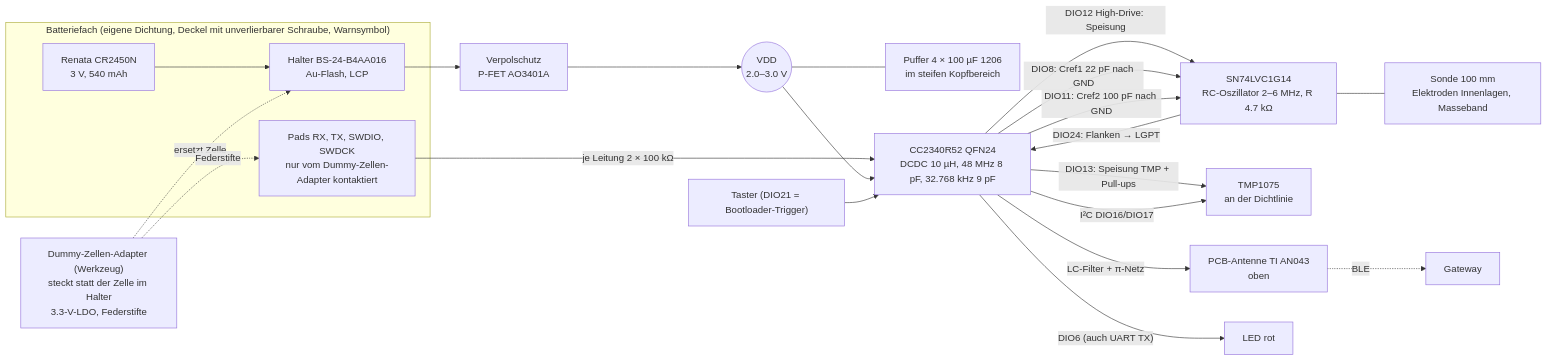
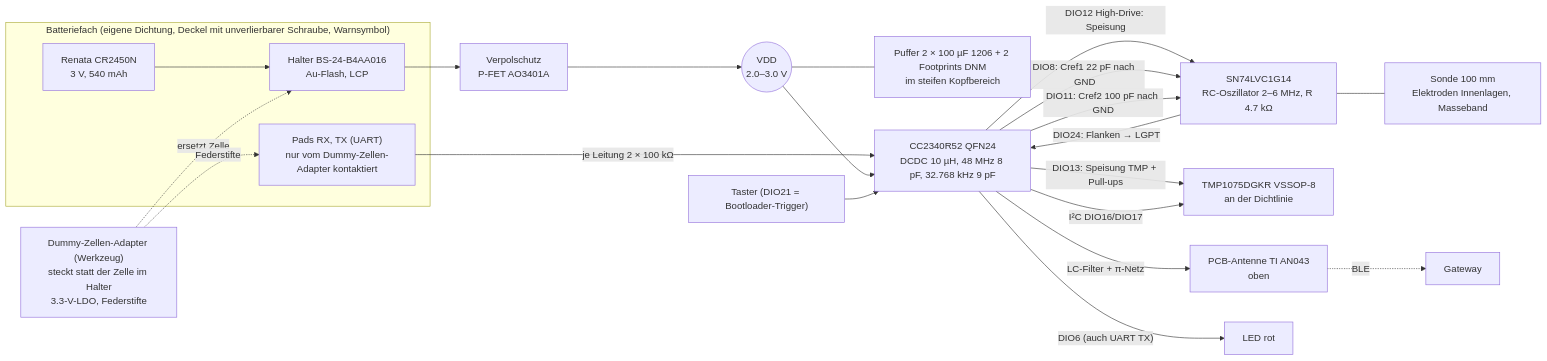
The first of 4 diagrams in docs/concepts/CONCEPTS.md (sgeisser1/Tr-pfli), drawn with Mermaid before and after one commit. The commit also changed other lines of this file and 10 other files, not shown here.

````diff
--- a/docs/concepts/CONCEPTS.md
+++ b/docs/concepts/CONCEPTS.md
@@ -73,24 +80,24 @@
 ```mermaid
 flowchart LR
   subgraph FACH["Batteriefach (eigene Dichtung, Deckel mit unverlierbarer Schraube, Warnsymbol)"]
     CELL["Renata CR2450N<br/>3 V, 540 mAh"] --> HOLD["Halter BS-24-B4AA016<br/>Au-Flash, LCP"]
-    PADS["Pads RX, TX, SWDIO, SWDCK<br/>nur vom Dummy-Zellen-Adapter kontaktiert"]
+    PADS["Pads RX, TX (UART)<br/>nur vom Dummy-Zellen-Adapter kontaktiert"]
   end
   ADP["Dummy-Zellen-Adapter (Werkzeug)<br/>steckt statt der Zelle im Halter<br/>3.3-V-LDO, Federstifte"] -. "ersetzt Zelle" .-> HOLD
   ADP -. "Federstifte" .-> PADS
   HOLD --> VP["Verpolschutz<br/>P-FET AO3401A"] --> VDD(("VDD<br/>2.0–3.0 V"))
-  VDD --- CB["Puffer 4 × 100 µF 1206<br/>im steifen Kopfbereich"]
+  VDD --- CB["Puffer 2 × 100 µF 1206 + 2 Footprints DNM<br/>im steifen Kopfbereich"]
   PADS -- "je Leitung 2 × 100 kΩ" --> SOC
   VDD --> SOC["CC2340R52 QFN24<br/>DCDC 10 µH, 48 MHz 8 pF, 32.768 kHz 9 pF"]
   SOC -- "DIO12 High-Drive: Speisung" --> OSC["SN74LVC1G14<br/>RC-Oszillator 2–6 MHz, R 4.7 kΩ"]
   OSC -- "DIO24: Flanken → LGPT" --> SOC
   SOC -- "DIO8: Cref1 22 pF nach GND" --> OSC
   SOC -- "DIO11: Cref2 100 pF nach GND" --> OSC
   OSC --- PROBE["Sonde 100 mm<br/>Elektroden Innenlagen, Masseband"]
-  SOC -- "DIO13: Speisung TMP + Pull-ups" --> TMP["TMP1075<br/>an der Dichtlinie"]
+  SOC -- "DIO13: Speisung TMP + Pull-ups" --> TMP["TMP1075DGKR VSSOP-8<br/>an der Dichtlinie"]
   SOC -- "I²C DIO16/DIO17" --> TMP
   SOC -- "LC-Filter + π-Netz" --> ANT["PCB-Antenne TI AN043<br/>oben"]
   SOC -- "DIO6 (auch UART TX)" --> LED["LED rot"]
   BTN["Taster (DIO21 = Bootloader-Trigger)"] --> SOC
   ANT -. "BLE" .-> GW["Gateway"]
 ```
````
